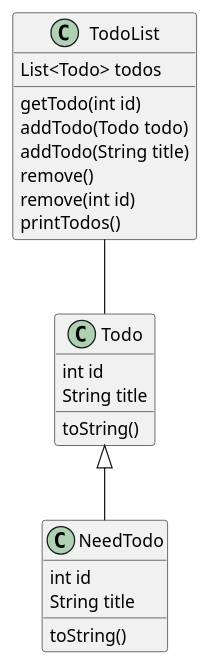
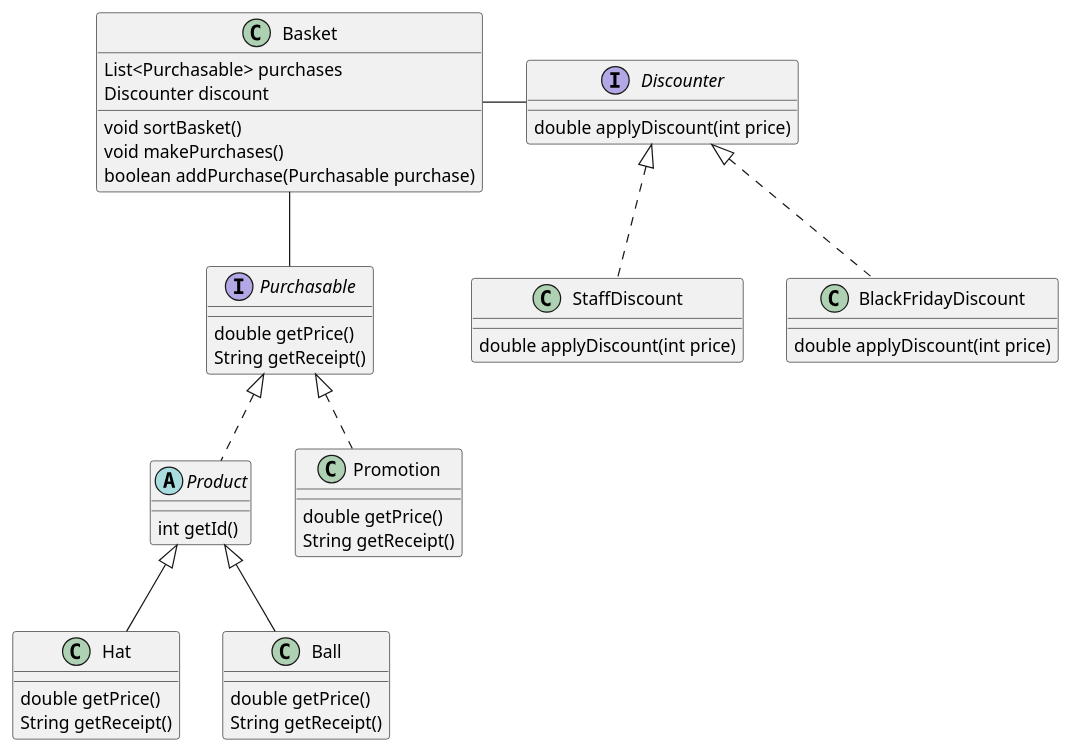
One commit to Charlie-robin/verde-recap changed the diagram in src/class-diagram.puml. Above: the diagram before and after it, drawn with PlantUML. The commit also changed 18 other files, not shown here.

Commit message:
(feat): Interface starter code & class diagram

```diff
--- a/src/class-diagram.puml
+++ b/src/class-diagram.puml
@@ -1,27 +1,52 @@
 @startuml
 
-class Todo {
-int id
-String title
-toString()
+interface Discounter {
+    double applyDiscount(int price)
 }
 
-class NeedTodo extends Todo {
-int id
-String title
-toString()
+class StaffDiscount implements Discounter {
+    double applyDiscount(int price)
 }
 
-class TodoList {
-List<Todo> todos
-getTodo(int id)
-addTodo(Todo todo)
-addTodo(String title)
-remove()
-remove(int id)
-printTodos()
+class BlackFridayDiscount implements Discounter {
+    double applyDiscount(int price)
 }
 
-TodoList -- Todo
+Basket - Discounter
+
+class Basket {
+    List<Purchasable> purchases
+    Discounter discount
+    void sortBasket()
+    void makePurchases()
+    boolean addPurchase(Purchasable purchase)
+}
+
+abstract class Product implements Purchasable{
+    int getId()
+}
+
+interface Purchasable {
+    double getPrice()
+    String getReceipt()
+}
+
+class Hat extends Product {
+    double getPrice()
+    String getReceipt()
+}
+
+class Ball extends Product {
+    double getPrice()
+    String getReceipt()
+}
+
+class Promotion implements Purchasable {
+    double getPrice()
+    String getReceipt()
+}
+
+Basket -- Purchasable
+
 
 @enduml
```
